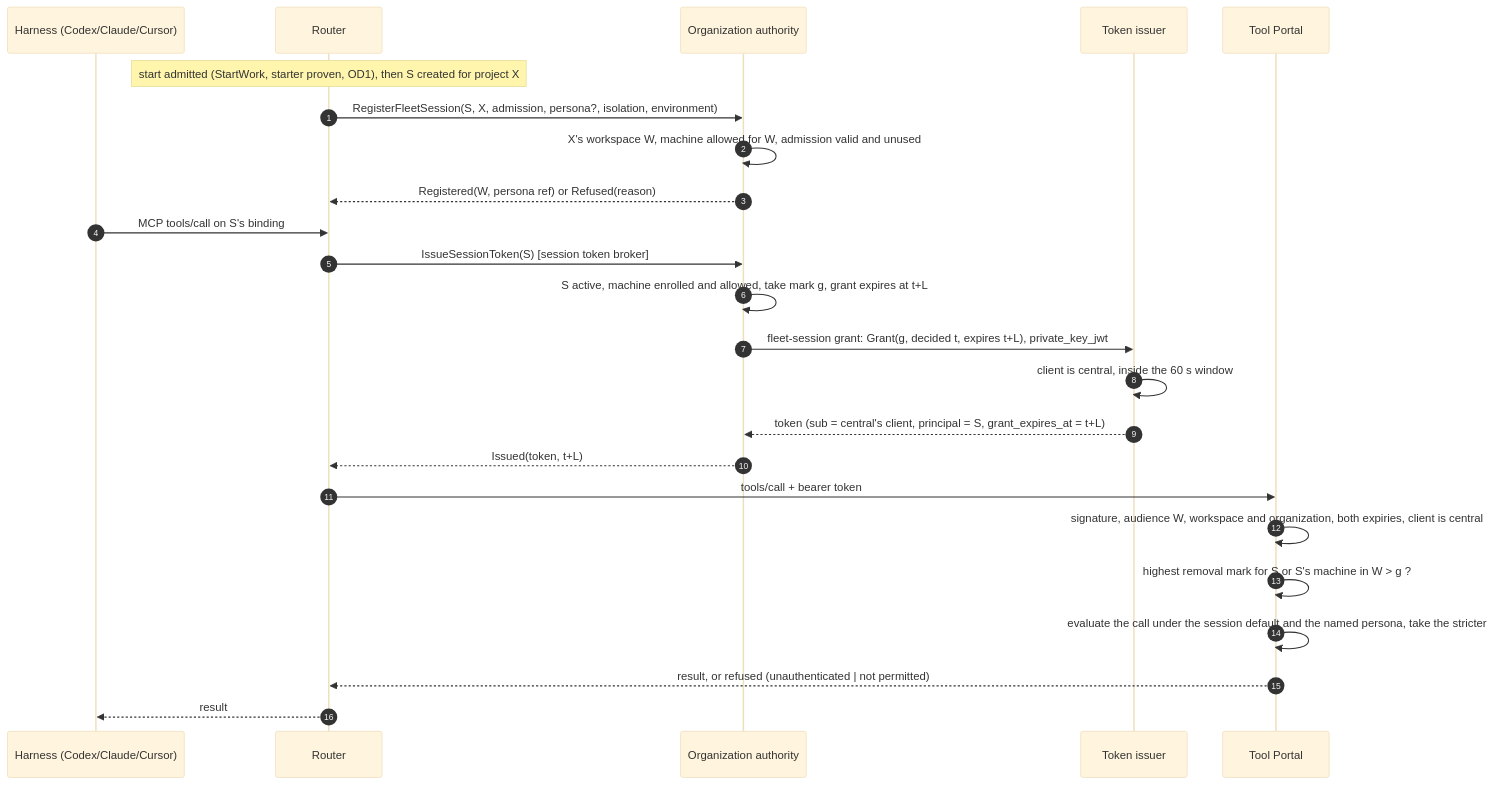
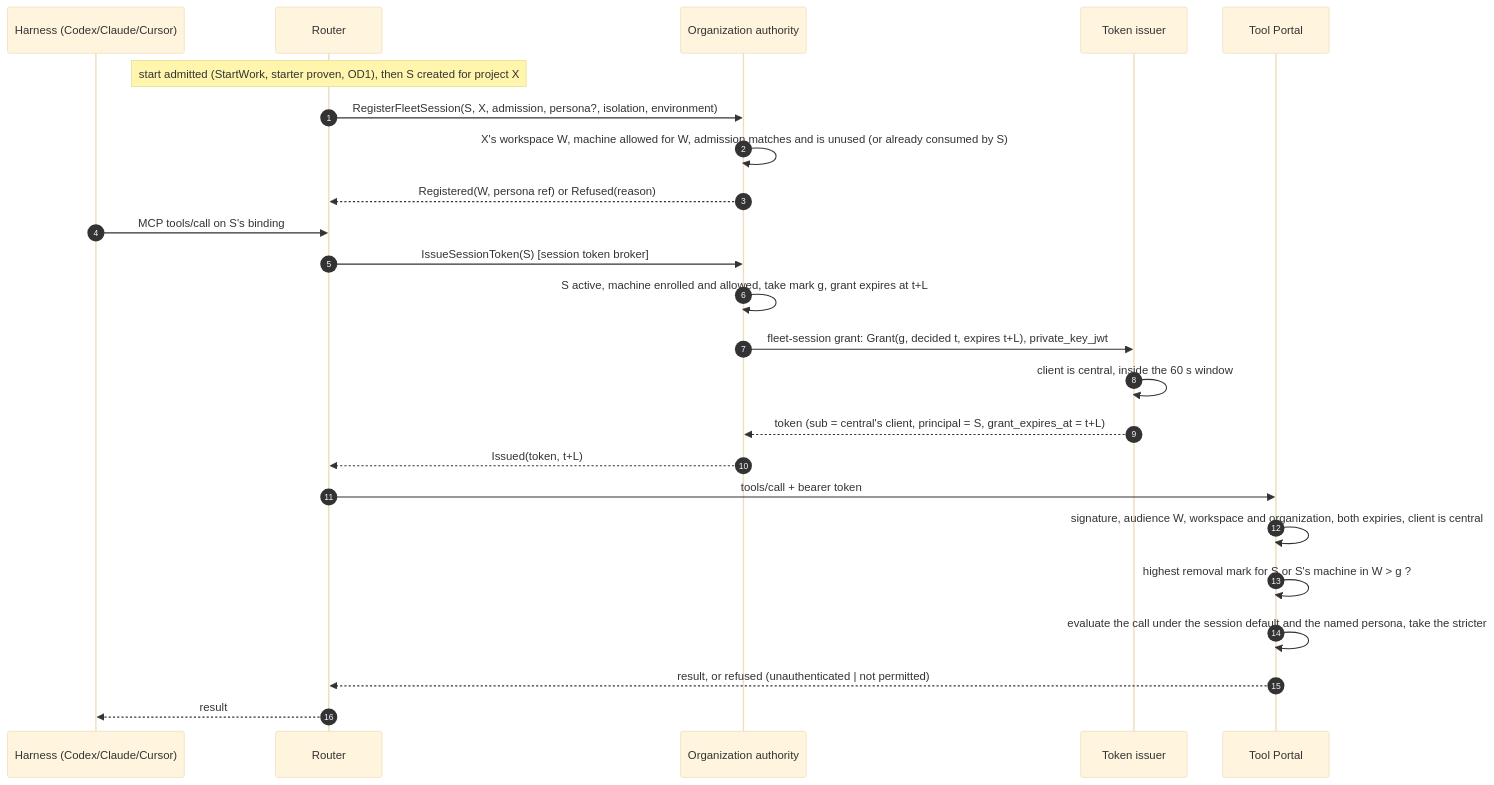
Before and after one commit to ShravanSunder/agent-vm: the third of 7 diagrams in docs/specs/2026-10-24-agent-identity/program-design.md, drawn with Mermaid (base theme). The commit also changed other lines of this file and 3 other files, not shown here.

````diff
--- a/docs/specs/2026-10-24-agent-identity/program-design.md
+++ b/docs/specs/2026-10-24-agent-identity/program-design.md
@@ -531,26 +545,26 @@
 ```mermaid
 sequenceDiagram
   autonumber
   participant H as Harness (Codex/Claude/Cursor)
   participant R as Router
   participant OA as Organization authority
   participant B as Token issuer
   participant P as Tool Portal
   Note over R: start admitted (StartWork, starter proven, OD1), then S created for project X
   R->>OA: RegisterFleetSession(S, X, admission, persona?, isolation, environment)
-  OA->>OA: X's workspace W, machine allowed for W, admission valid and unused
+  OA->>OA: X's workspace W, machine allowed for W, admission matches and is unused (or already consumed by S)
   OA-->>R: Registered(W, persona ref) or Refused(reason)
   H->>R: MCP tools/call on S's binding
   R->>OA: IssueSessionToken(S)  [session token broker]
   OA->>OA: S active, machine enrolled and allowed, take mark g, grant expires at t+L
   OA->>B: fleet-session grant: Grant(g, decided t, expires t+L), private_key_jwt
   B->>B: client is central, inside the 60 s window
   B-->>OA: token (sub = central's client, principal = S, grant_expires_at = t+L)
   OA-->>R: Issued(token, t+L)
   R->>P: tools/call + bearer token
   P->>P: signature, audience W, workspace and organization, both expiries, client is central
   P->>P: highest removal mark for S or S's machine in W > g ?
   P->>P: evaluate the call under the session default and the named persona, take the stricter
   P-->>R: result, or refused (unauthenticated | not permitted)
   R-->>H: result
 ```
````
